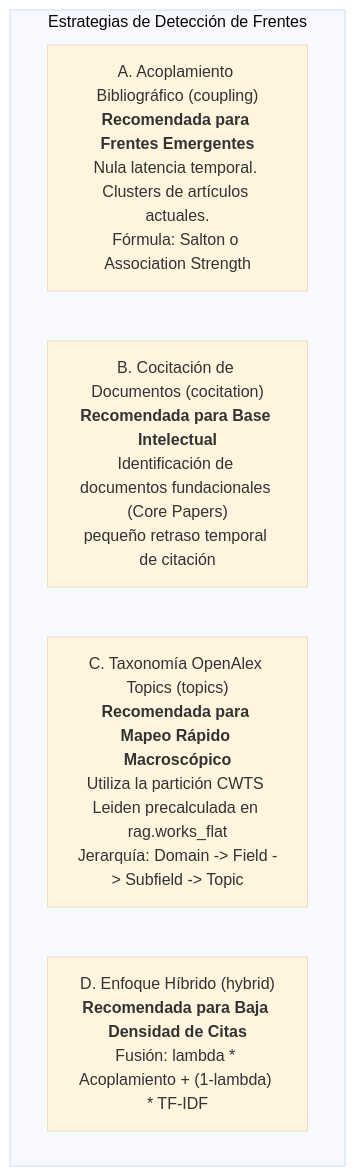
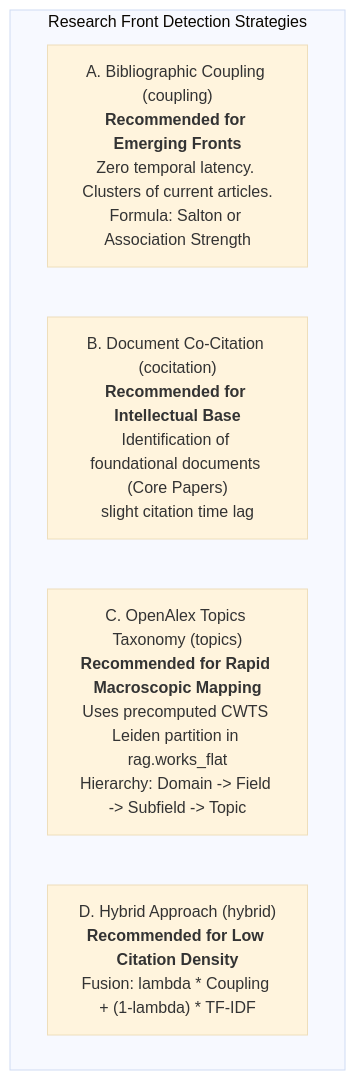
Before and after one commit to chilti/sos-mcp-services: the second of 3 diagrams in .agents/skills/topics-research-fronts-intelligence/SKILL.md, drawn with Mermaid (base theme). The commit also changed other lines of this file and 129 other files, not shown here.

````diff
--- a/.agents/skills/topics-research-fronts-intelligence/SKILL.md
+++ b/.agents/skills/topics-research-fronts-intelligence/SKILL.md
@@ -60,9 +62,9 @@
 ```mermaid
 graph TD
-    subgraph Metodos["Estrategias de Detección de Frentes"]
-        M1["A. Acoplamiento Bibliográfico (coupling)<br><b>Recomendada para Frentes Emergentes</b><br>Nula latencia temporal. Clusters de artículos actuales.<br>Fórmula: Salton o Association Strength"]
-        M2["B. Cocitación de Documentos (cocitation)<br><b>Recomendada para Base Intelectual</b><br>Identificación de documentos fundacionales (Core Papers)<br>pequeño retraso temporal de citación"]
-        M3["C. Taxonomía OpenAlex Topics (topics)<br><b>Recomendada para Mapeo Rápido Macroscópico</b><br>Utiliza la partición CWTS Leiden precalculada en rag.works_flat<br>Jerarquía: Domain -> Field -> Subfield -> Topic"]
-        M4["D. Enfoque Híbrido (hybrid)<br><b>Recomendada para Baja Densidad de Citas</b><br>Fusión: lambda * Acoplamiento + (1-lambda) * TF-IDF"]
+    subgraph Methods["Research Front Detection Strategies"]
+        M1["A. Bibliographic Coupling (coupling)<br><b>Recommended for Emerging Fronts</b><br>Zero temporal latency. Clusters of current articles.<br>Formula: Salton or Association Strength"]
+        M2["B. Document Co-Citation (cocitation)<br><b>Recommended for Intellectual Base</b><br>Identification of foundational documents (Core Papers)<br>slight citation time lag"]
+        M3["C. OpenAlex Topics Taxonomy (topics)<br><b>Recommended for Rapid Macroscopic Mapping</b><br>Uses precomputed CWTS Leiden partition in rag.works_flat<br>Hierarchy: Domain -> Field -> Subfield -> Topic"]
+        M4["D. Hybrid Approach (hybrid)<br><b>Recommended for Low Citation Density</b><br>Fusion: lambda * Coupling + (1-lambda) * TF-IDF"]
     end
 ```
````
